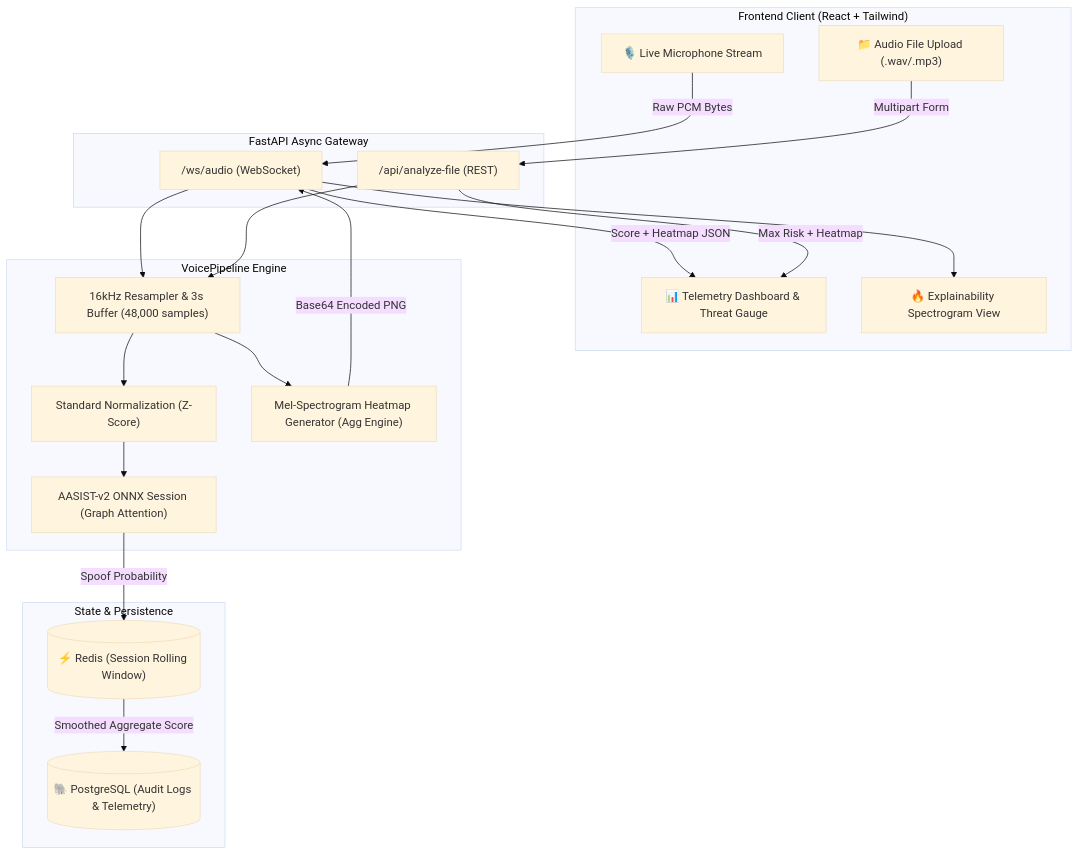
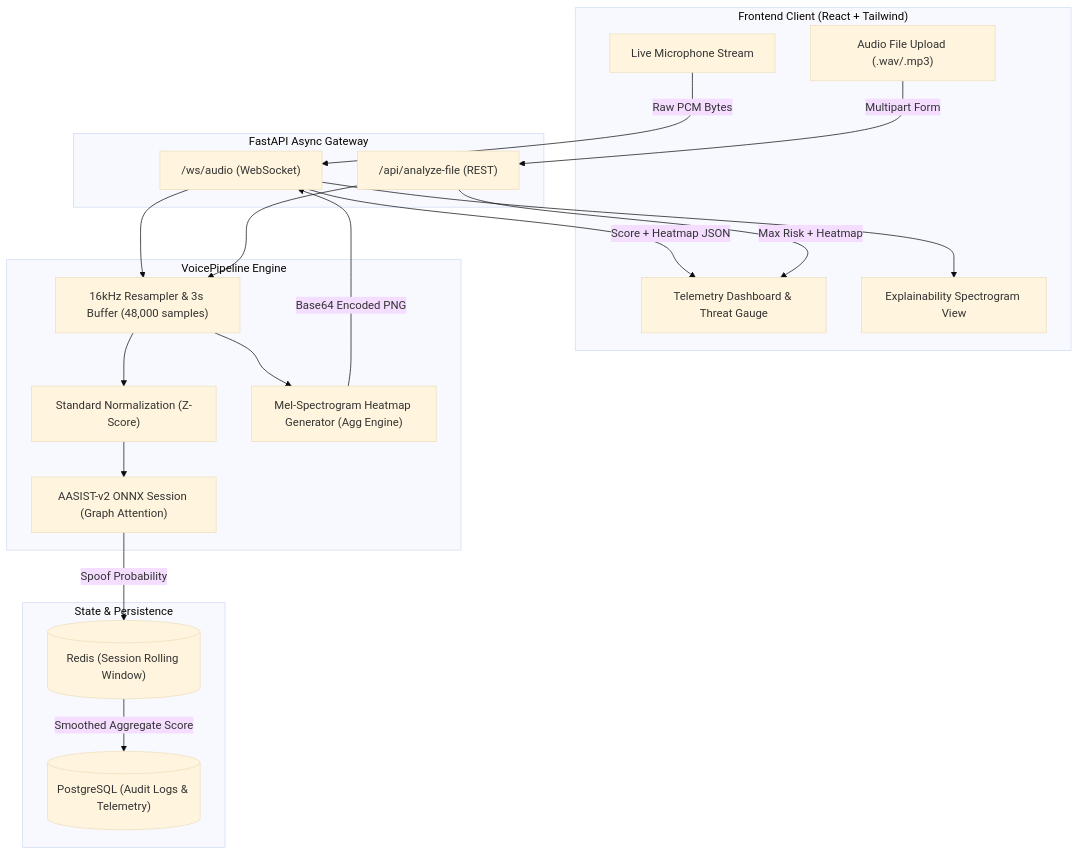
One commit to irl-jacob/Anti-Voice-Clone changed the first of 2 diagrams in README.md. Above: the diagram before and after it, drawn with Mermaid (base theme). The commit also changed other lines of this file, not shown here.

````diff
--- a/README.md
+++ b/README.md
@@ -67,43 +67,43 @@
 ```mermaid
 flowchart TD
     subgraph Client["Frontend Client (React + Tailwind)"]
-        MIC["🎙️ Live Microphone Stream"]
-        UPLOAD["📁 Audio File Upload (.wav/.mp3)"]
-        UI["📊 Telemetry Dashboard & Threat Gauge"]
-        HEATMAP["🔥 Explainability Spectrogram View"]
+        MIC["Live Microphone Stream"]
+        UPLOAD["Audio File Upload (.wav/.mp3)"]
+        UI["Telemetry Dashboard & Threat Gauge"]
+        HEATMAP["Explainability Spectrogram View"]
     end
 
     subgraph Gateway["FastAPI Async Gateway"]
         WS["/ws/audio (WebSocket)"]
         REST["/api/analyze-file (REST)"]
     end
 
     subgraph Pipeline["VoicePipeline Engine"]
         VAD["16kHz Resampler & 3s Buffer (48,000 samples)"]
         NORM["Standard Normalization (Z-Score)"]
         ONNX["AASIST-v2 ONNX Session (Graph Attention)"]
         SPEC["Mel-Spectrogram Heatmap Generator (Agg Engine)"]
     end
 
     subgraph State["State & Persistence"]
-        REDIS[("⚡ Redis (Session Rolling Window)")]
-        PG[("🐘 PostgreSQL (Audit Logs & Telemetry)")]
+        REDIS[("Redis (Session Rolling Window)")]
+        PG[("PostgreSQL (Audit Logs & Telemetry)")]
     end
 
     MIC -->|Raw PCM Bytes| WS
     UPLOAD -->|Multipart Form| REST
 
     WS --> VAD
     REST --> VAD
 
     VAD --> NORM --> ONNX
     VAD --> SPEC
 
     ONNX -->|Spoof Probability| REDIS
     REDIS -->|Smoothed Aggregate Score| PG
     SPEC -->|Base64 Encoded PNG| WS
 
     WS -->|Score + Heatmap JSON| UI
     WS --> HEATMAP
     REST -->|Max Risk + Heatmap| UI
 ```
````
